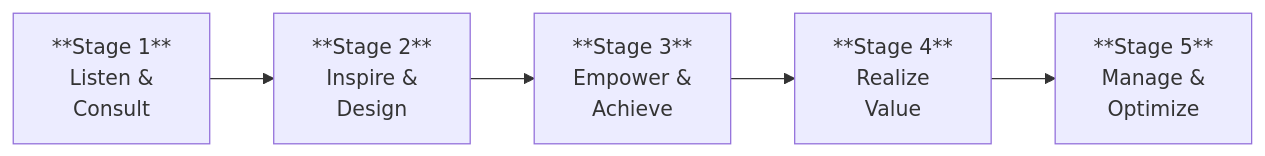
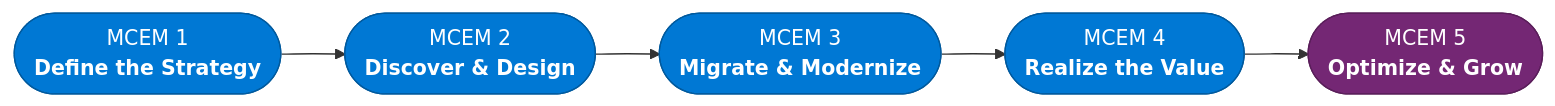
The first of 2 diagrams in site/src/content/docs/journey-map/index.md (jonathan-vella/build-test), drawn with Mermaid before and after one commit. The commit also changed other lines of this file and 11 other files, not shown here.

````diff
--- a/site/src/content/docs/journey-map/index.md
+++ b/site/src/content/docs/journey-map/index.md
@@ -21,7 +21,11 @@
 ```mermaid
 graph LR
-  S1["**Stage 1**<br/>Listen &<br/>Consult"] --> S2["**Stage 2**<br/>Inspire &<br/>Design"]
-  S2 --> S3["**Stage 3**<br/>Empower &<br/>Achieve"]
-  S3 --> S4["**Stage 4**<br/>Realize<br/>Value"]
-  S4 --> S5["**Stage 5**<br/>Manage &<br/>Optimize"]
+  classDef stage  fill:#0078d4,stroke:#005a9e,color:#fff
+  classDef finish fill:#742774,stroke:#5a1e5a,color:#fff
+  S1(["MCEM 1<br/><b>Define the Strategy</b>"]):::stage
+  S2(["MCEM 2<br/><b>Discover & Design</b>"]):::stage
+  S3(["MCEM 3<br/><b>Migrate & Modernize</b>"]):::stage
+  S4(["MCEM 4<br/><b>Realize the Value</b>"]):::stage
+  S5(["MCEM 5<br/><b>Optimize & Grow</b>"]):::finish
+  S1 --> S2 --> S3 --> S4 --> S5
 ```
````
